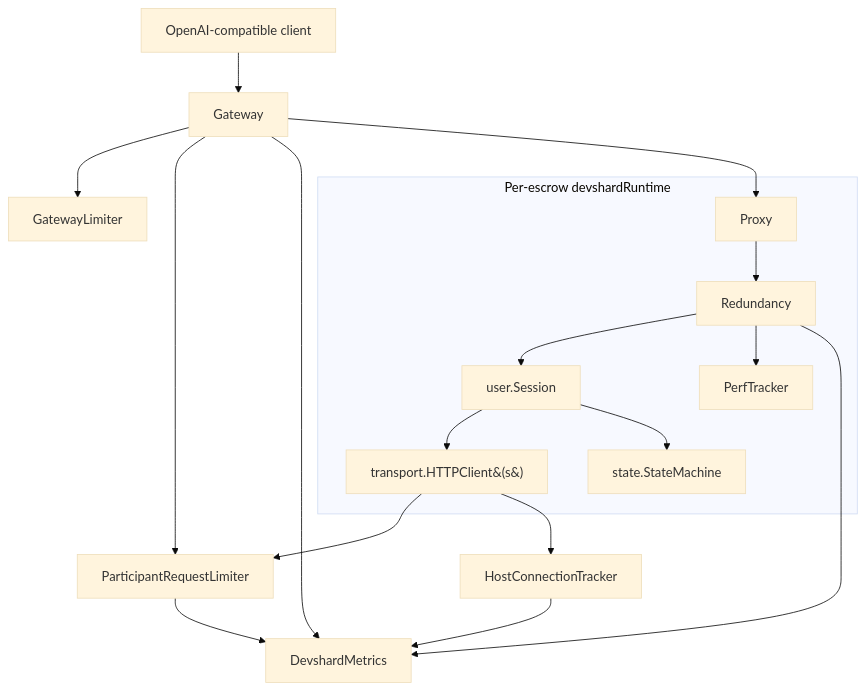
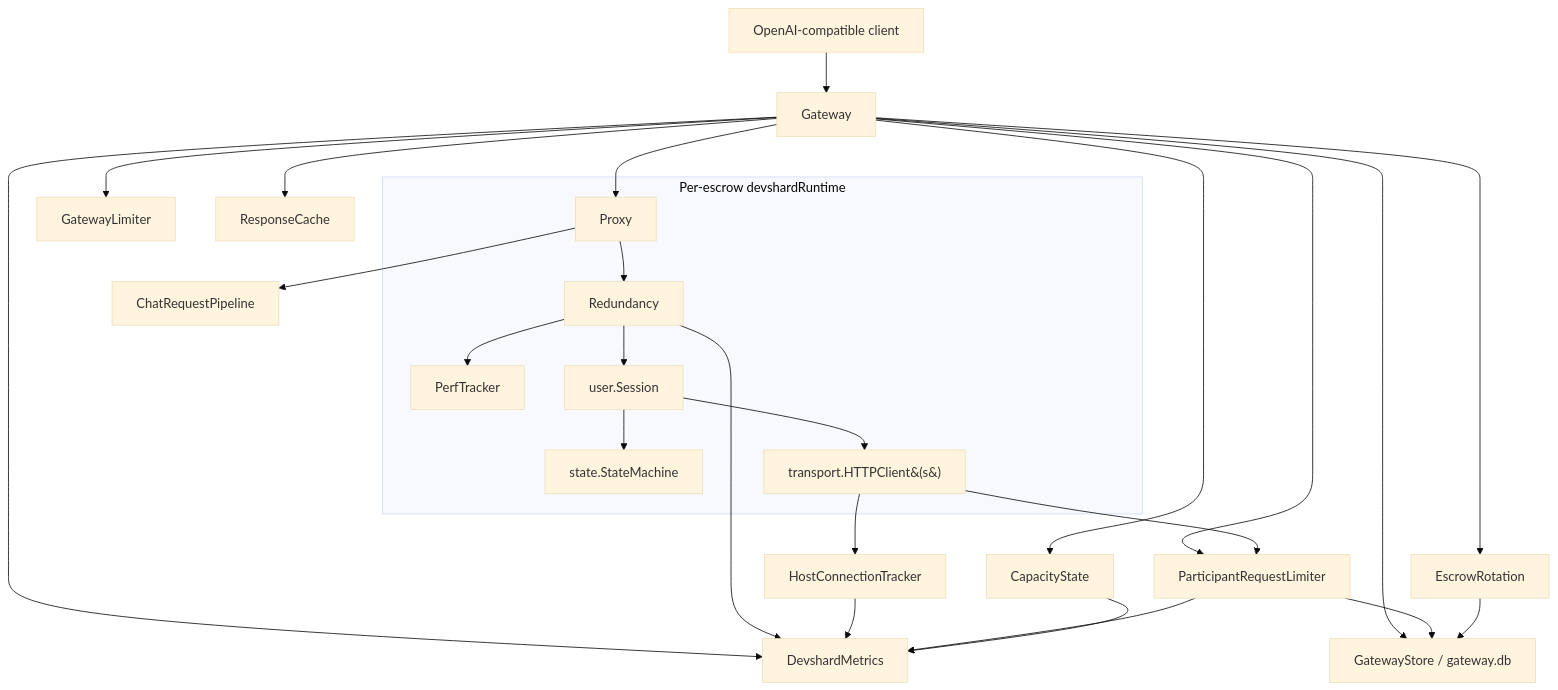
One commit to gonka-ai/gonka changed the diagram in devshard/docs/proxy-architecture.md. Above: the diagram before and after it, drawn with Mermaid (base theme). The commit also changed other lines of this file and 12 other files, not shown here.

````diff
--- a/devshard/docs/proxy-architecture.md
+++ b/devshard/docs/proxy-architecture.md
@@ -16,38 +21,51 @@
 ```mermaid
 flowchart TD
     Client[OpenAI-compatible client]
     Gateway[Gateway]
     GLimiter[GatewayLimiter]
     PLimiter[ParticipantRequestLimiter]
+    Capacity[CapacityState]
+    Store[GatewayStore / gateway.db]
+    Filters[ChatRequestPipeline]
+    Cache[ResponseCache]
+    Rotation[EscrowRotation]
     Metrics[DevshardMetrics]
     ConnTrack[HostConnectionTracker]
 
     subgraph Runtime["Per-escrow devshardRuntime"]
         Proxy[Proxy]
         Redundancy[Redundancy]
         Perf[PerfTracker]
         Session[user.Session]
         SM[state.StateMachine]
         Clients[transport.HTTPClient&#40;s&#41;]
     end
 
     Client --> Gateway
     Gateway --> GLimiter
     Gateway --> PLimiter
+    Gateway --> Capacity
+    Gateway --> Store
+    Gateway --> Cache
+    Gateway --> Rotation
     Gateway --> Metrics
     Gateway --> Proxy
 
+    Proxy --> Filters
     Proxy --> Redundancy
 
     Redundancy --> Session
     Redundancy --> Perf
     Redundancy --> Metrics
 
     Session --> Clients
     Session --> SM
 
     Clients --> PLimiter
     Clients --> ConnTrack
+    PLimiter --> Store
+    Rotation --> Store
     ConnTrack --> Metrics
     PLimiter --> Metrics
+    Capacity --> Metrics
 ```
````
